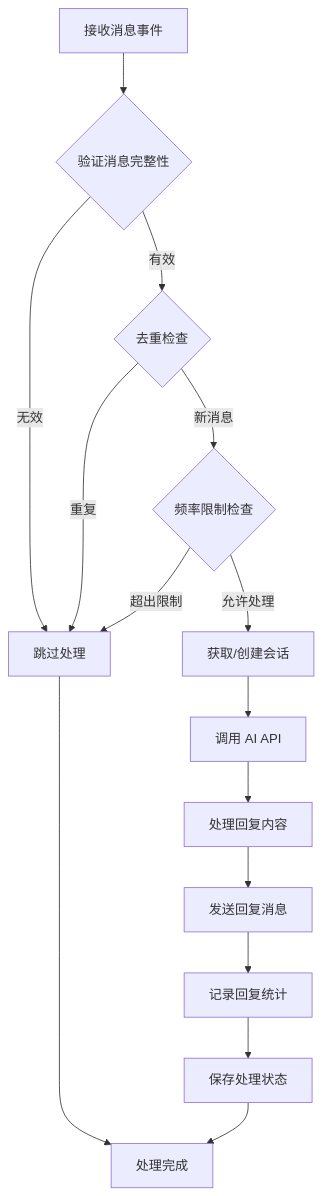
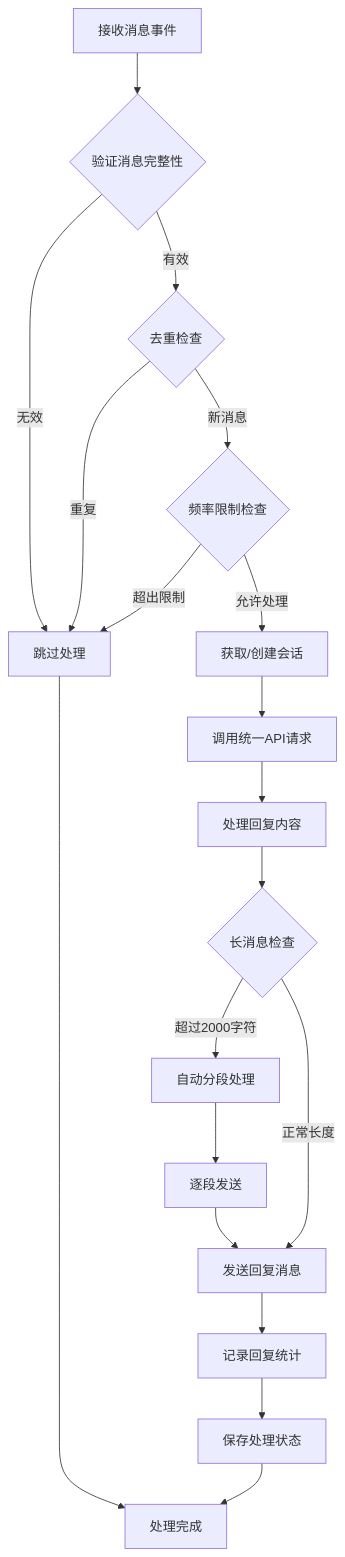
One commit to L1mingyoung/ex changed the sixth of 9 diagrams in .qoder/repowiki/zh/content/多平台适配器/QQ Bot 集成指南.md. Above: the diagram before and after it, drawn with Mermaid. The commit also changed other lines of this file and 13 other files, not shown here.

````diff
--- a/.qoder/repowiki/zh/content/多平台适配器/QQ Bot 集成指南.md
+++ b/.qoder/repowiki/zh/content/多平台适配器/QQ Bot 集成指南.md
@@ -206,17 +267,21 @@
 ```mermaid
 flowchart TD
 Receive[接收消息事件] --> ValidateMsg{"验证消息完整性"}
 ValidateMsg --> |无效| Skip[跳过处理]
 ValidateMsg --> |有效| DedupCheck{"去重检查"}
 DedupCheck --> |重复| Skip
 DedupCheck --> |新消息| RateLimit{"频率限制检查"}
 RateLimit --> |超出限制| Skip
 RateLimit --> |允许处理| GetSession["获取/创建会话"]
-GetSession --> CallAPI["调用 AI API"]
+GetSession --> CallAPI["调用统一API请求"]
 CallAPI --> ProcessReply["处理回复内容"]
-ProcessReply --> SendReply["发送回复消息"]
+ProcessReply --> LongMsgCheck{"长消息检查"}
+LongMsgCheck --> |超过2000字符| SplitMsg["自动分段处理"]
+LongMsgCheck --> |正常长度| SendReply["发送回复消息"]
+SplitMsg --> SendChunks["逐段发送"]
+SendChunks --> SendReply
 SendReply --> RecordReply["记录回复统计"]
 RecordReply --> SaveState["保存处理状态"]
 SaveState --> Complete[处理完成]
 Skip --> Complete
 ```
````
